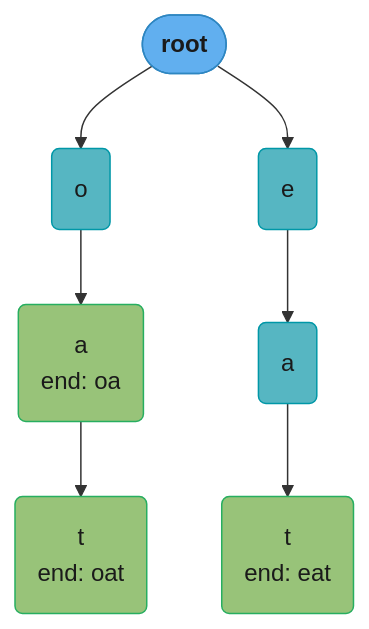
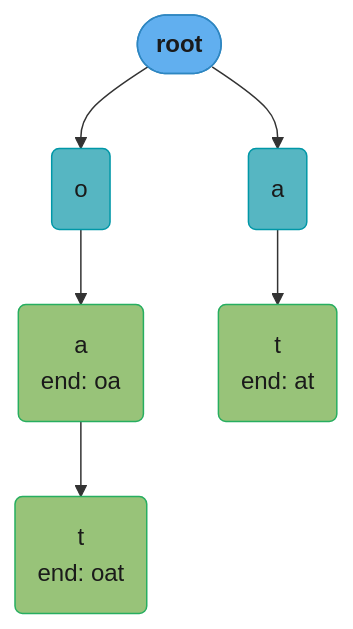
One commit to rppol/system-design changed the third of 4 diagrams in src/main/java/com/rutik/systemdesign/cs_fundamentals/dsa_patterns/trie_patterns.md. Above: the diagram before and after it, drawn with Mermaid. The commit also changed other lines of this file and 7 other files, not shown here.

````diff
--- a/src/main/java/com/rutik/systemdesign/cs_fundamentals/dsa_patterns/trie_patterns.md
+++ b/src/main/java/com/rutik/systemdesign/cs_fundamentals/dsa_patterns/trie_patterns.md
@@ -257,21 +257,20 @@
 ```mermaid
 flowchart TD
     classDef io      fill:#61afef,stroke:#2e86c1,color:#1a1a1a,font-weight:bold
     classDef frozen  fill:#c678dd,stroke:#9b59b6,color:#fff
     classDef train   fill:#98c379,stroke:#27ae60,color:#1a1a1a
     classDef mathOp  fill:#d19a66,stroke:#e67e22,color:#1a1a1a,font-weight:bold
     classDef lossN   fill:#e06c75,stroke:#c0392b,color:#fff,font-weight:bold
     classDef req     fill:#56b6c2,stroke:#0097a7,color:#1a1a1a
     classDef base    fill:#e5c07b,stroke:#f39c12,color:#1a1a1a
 
     root(["root"]) --> o("o")
-    root --> e("e")
+    root --> a2("a")
     o --> a1("a<br/>end: oa")
-    e --> a2("a")
     a1 --> t1("t<br/>end: oat")
-    a2 --> t2("t<br/>end: eat")
+    a2 --> t2("t<br/>end: at")
 
     class root io
-    class o,e,a2 req
+    class o,a2 req
     class a1,t1,t2 train
 ```
````
